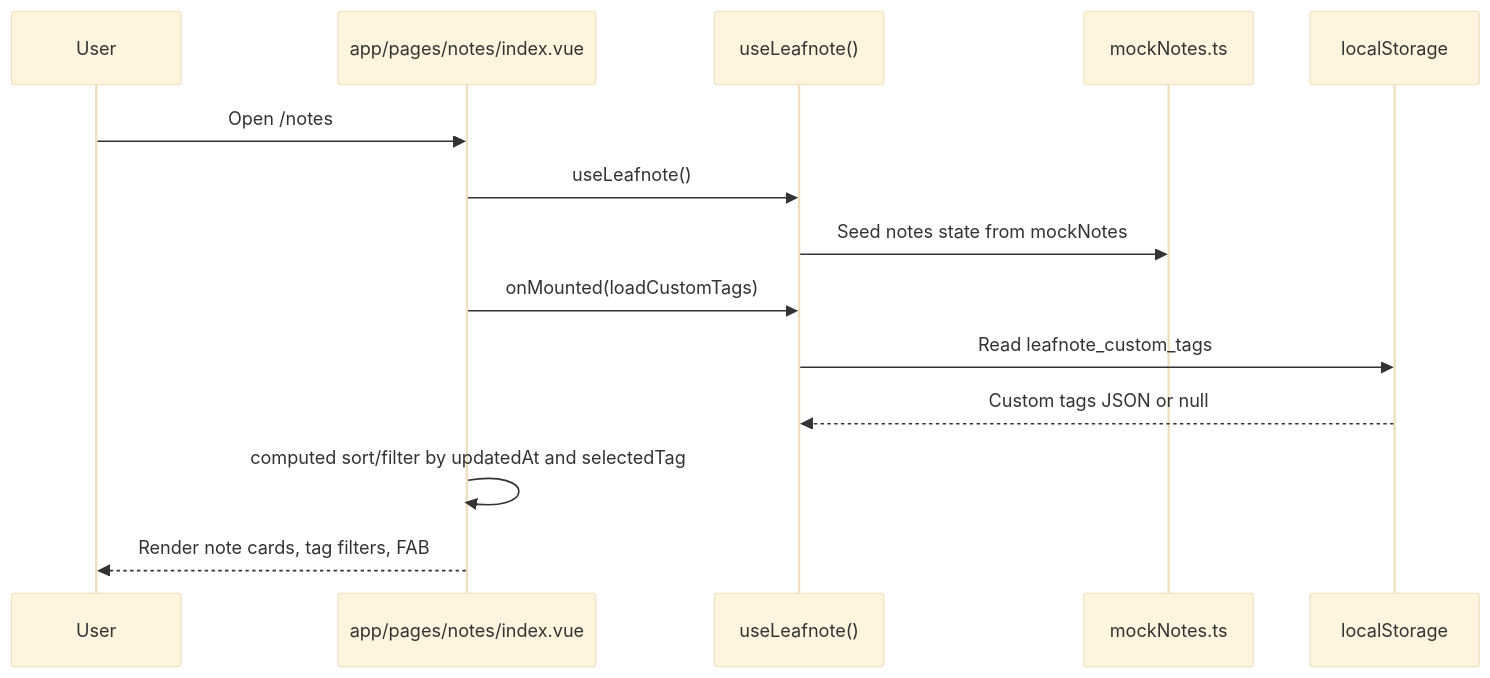
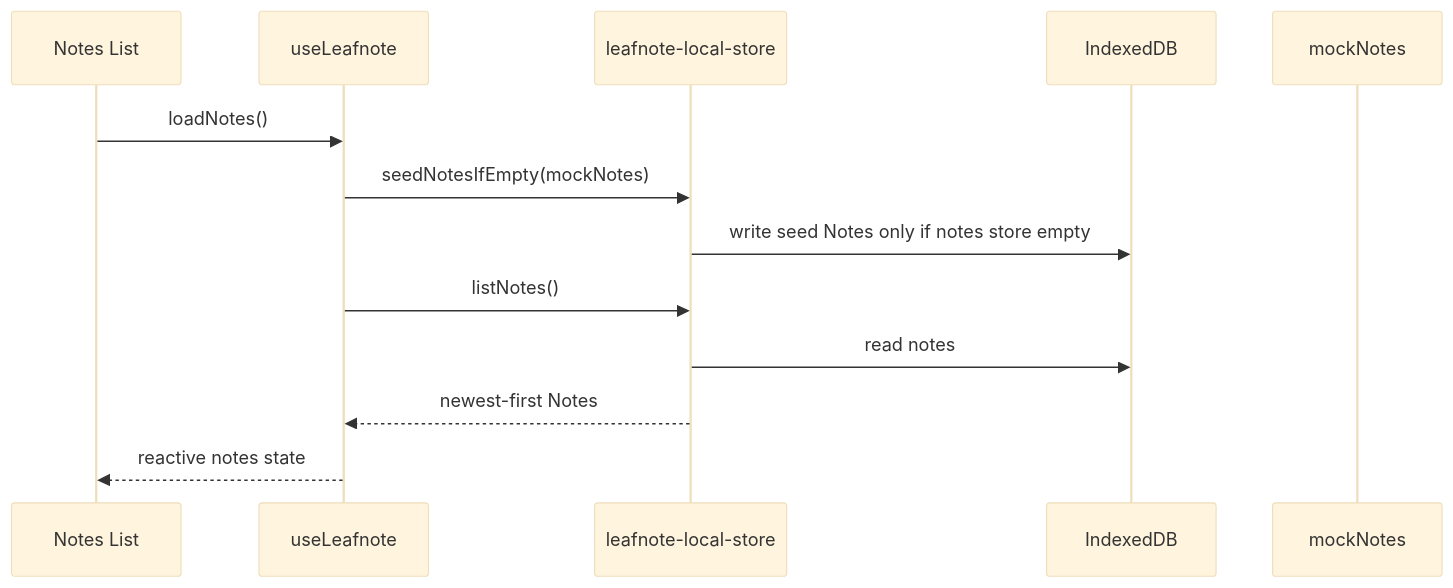
One commit to radenadri/leafnote changed the second of 4 diagrams in ARCHITECTURE.md. Above: the diagram before and after it, drawn with Mermaid (base theme). The commit also changed other lines of this file and 5 other files, not shown here.

Commit message:
docs: update project architecture and CI workflow to reflect post-MVP local-first implementation

````diff
--- a/ARCHITECTURE.md
+++ b/ARCHITECTURE.md
@@ -242,17 +217,16 @@
 ```mermaid
 sequenceDiagram
-  participant User
-  participant NotesPage as app/pages/notes/index.vue
-  participant Composable as useLeafnote()
-  participant Mock as mockNotes.ts
-  participant Storage as localStorage
+  participant Page as Notes List
+  participant Facade as useLeafnote
+  participant Store as leafnote-local-store
+  participant DB as IndexedDB
+  participant Seed as mockNotes
 
-  User->>NotesPage: Open /notes
-  NotesPage->>Composable: useLeafnote()
-  Composable->>Mock: Seed notes state from mockNotes
-  NotesPage->>Composable: onMounted(loadCustomTags)
-  Composable->>Storage: Read leafnote_custom_tags
-  Storage-->>Composable: Custom tags JSON or null
-  NotesPage->>NotesPage: computed sort/filter by updatedAt and selectedTag
-  NotesPage-->>User: Render note cards, tag filters, FAB
+  Page->>Facade: loadNotes()
+  Facade->>Store: seedNotesIfEmpty(mockNotes)
+  Store->>DB: write seed Notes only if notes store empty
+  Facade->>Store: listNotes()
+  Store->>DB: read notes
+  Store-->>Facade: newest-first Notes
+  Facade-->>Page: reactive notes state
 ```
````
